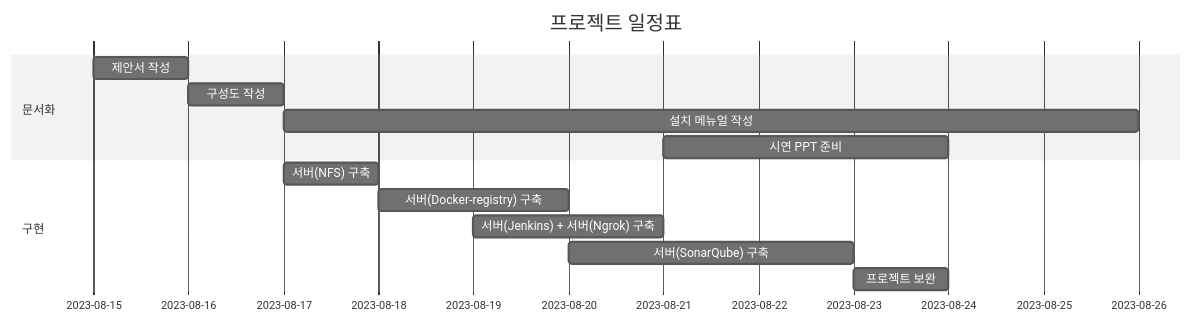
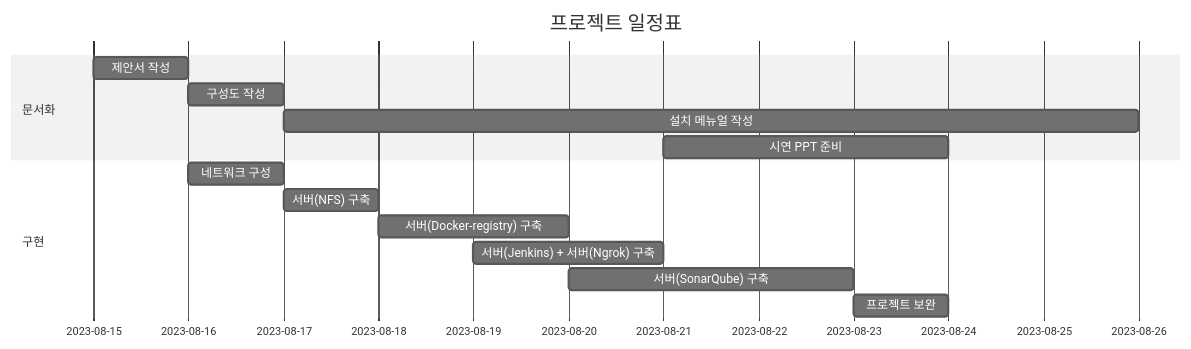
The diagram in README.md (KimJeongHoon190/First_Project), drawn with Mermaid (neutral theme) before and after one commit.

Commit message:
구성

````diff
--- a/README.md
+++ b/README.md
@@ -3,18 +3,19 @@
 ```mermaid
 gantt
     title 프로젝트 일정표
     dateFormat  YYYY-MM-DD
     section 문서화
     제안서 작성 : a1, 2023-08-15, 1d
     구성도 작성 : after a1, 1d
     설치 메뉴얼 작성 : after a1, 2023-08-17, 9d
     시연 PPT 준비 : after a1, 2023-08-21, 3d
    
 
     section 구현
+    네트워크 구성 : b0, 2023-08-16, 1d
     서버(NFS) 구축 : b1, 2023-08-17, 1d
     서버(Docker-registry) 구축 : b2, 2023-08-18, 2d
     서버(Jenkins) + 서버(Ngrok) 구축 : after b1, 2023-08-19, 2d
     서버(SonarQube) 구축 : b3, 2023-08-20, 3d
     프로젝트 보완 : after b3, 1d
 ```
````
